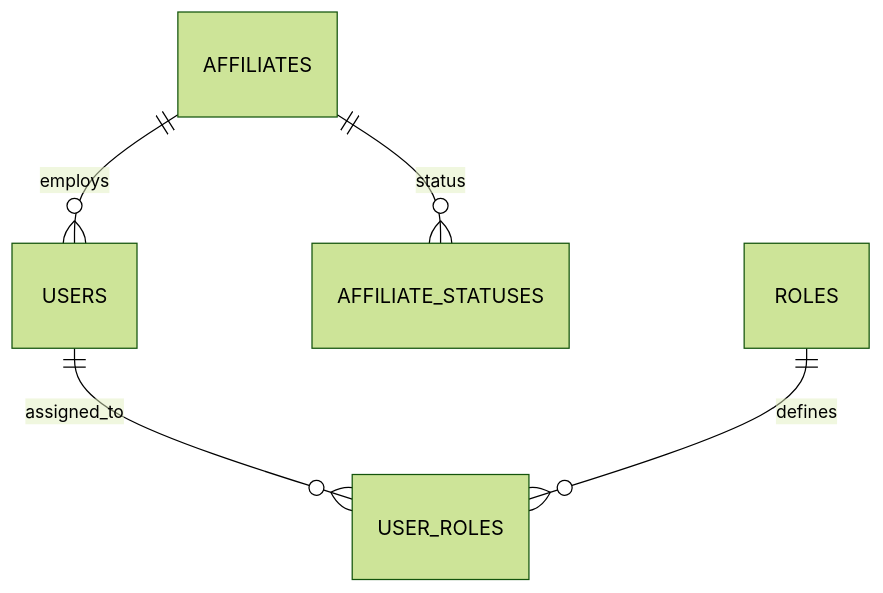
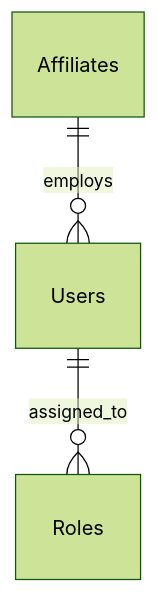
The second of 2 diagrams in README.md (ShaneMillar96/FitBuddy), drawn with Mermaid before and after one commit. The commit also changed other lines of this file, not shown here.

````diff
--- a/README.md
+++ b/README.md
@@ -102,8 +85,6 @@
 ```mermaid
 %%{init: {'theme':'forest'}}%%
 erDiagram
-    AFFILIATES ||--o{ USERS : employs
-    AFFILIATES ||--o{ AFFILIATE_STATUSES : status
-    USERS ||--o{ USER_ROLES : assigned_to
-    ROLES ||--o{ USER_ROLES : defines
+    Affiliates ||--o{ Users : employs
+    Users ||--o{ Roles : assigned_to
 ```
````
